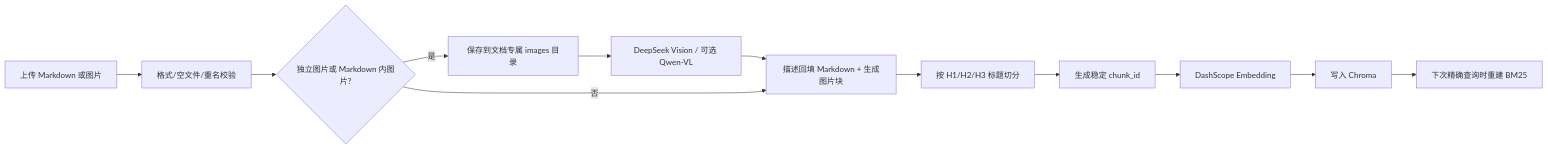
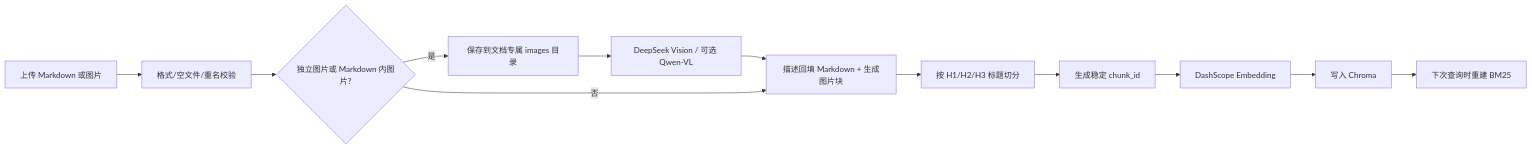
The second of 2 diagrams in README.md (yuyuyuoo55/Personal_Notes_Review_Assistant), drawn with Mermaid before and after one commit. The commit also changed other lines of this file and 9 other files, not shown here.

````diff
--- a/README.md
+++ b/README.md
@@ -116,14 +109,14 @@
 ```mermaid
 flowchart LR
     A[上传 Markdown 或图片] --> B[格式/空文件/重名校验]
     B --> IMG{独立图片或 Markdown 内图片?}
     IMG -->|是| LOCAL[保存到文档专属 images 目录]
     LOCAL --> VLM[DeepSeek Vision / 可选 Qwen-VL]
     VLM --> C[描述回填 Markdown + 生成图片块]
     IMG -->|否| C
     C --> H[按 H1/H2/H3 标题切分]
     H --> D[生成稳定 chunk_id]
     D --> E[DashScope Embedding]
     E --> F[写入 Chroma]
-    F --> G[下次精确查询时重建 BM25]
+    F --> G[下次查询时重建 BM25]
 ```
````
